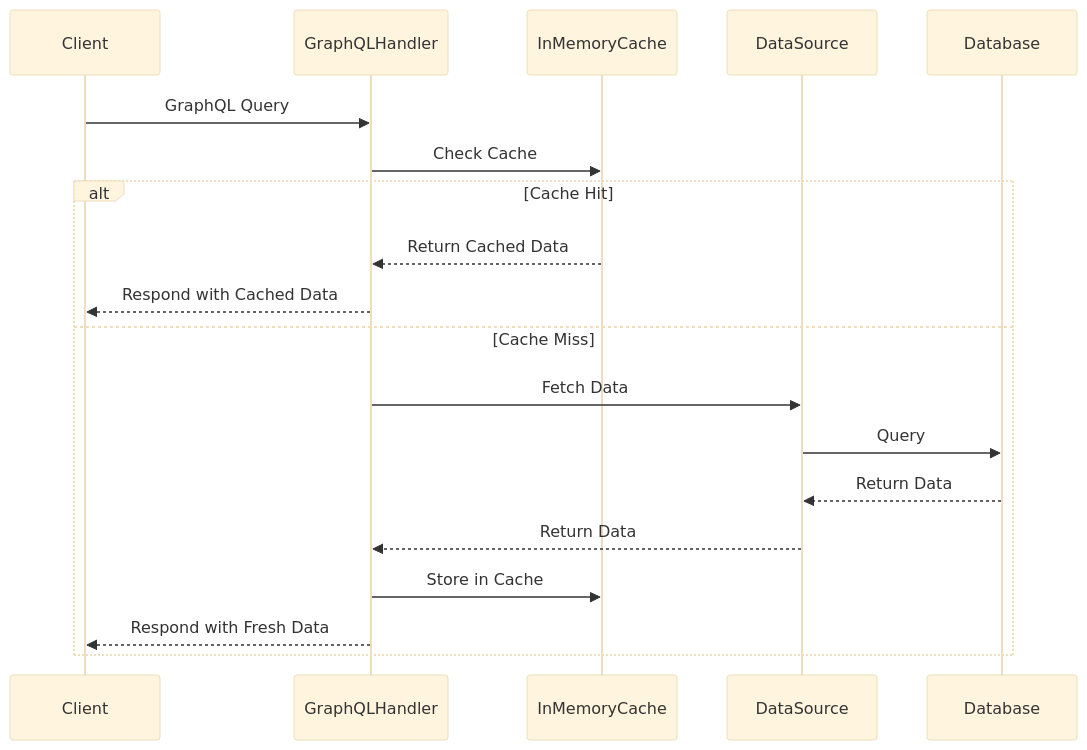
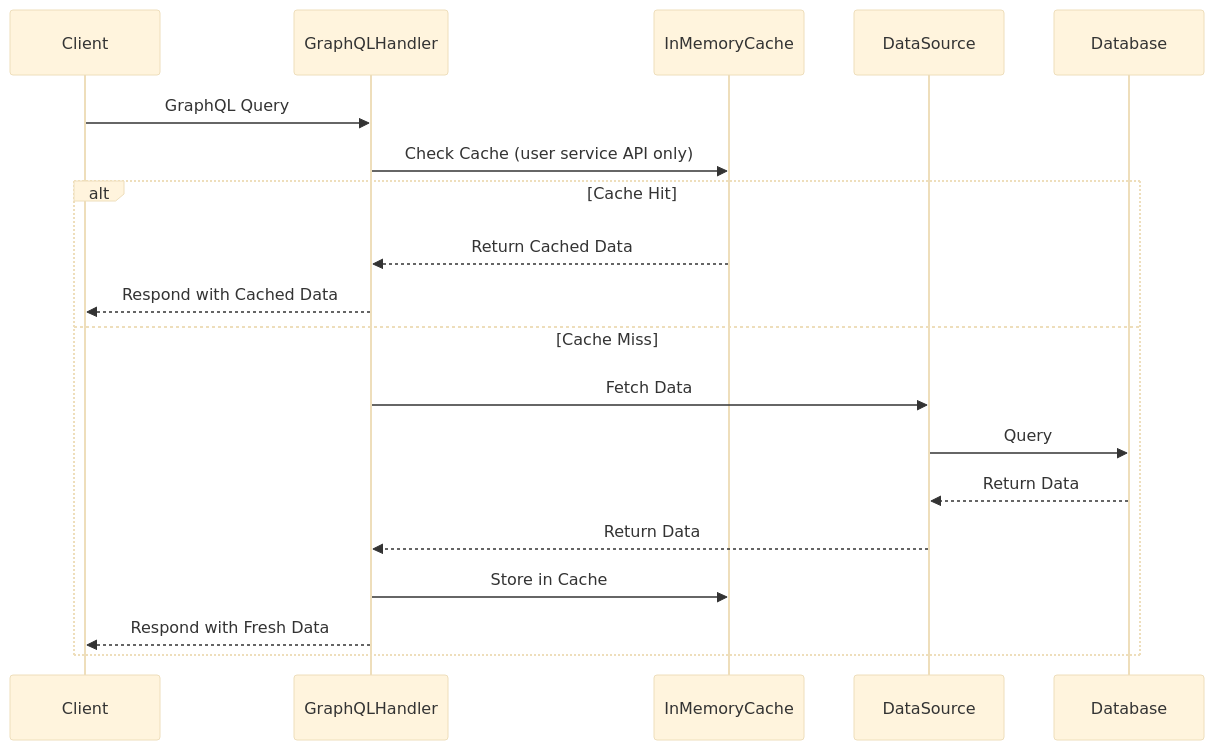
The eighth of 15 diagrams in docs/user-services.md (vinodhj/expense-microservices), drawn with Mermaid (base theme) before and after one commit. The commit also changed other lines of this file, not shown here.

Commit message:
mermaid tweaks-4

````diff
--- a/docs/user-services.md
+++ b/docs/user-services.md
@@ -440,23 +468,23 @@
 ```mermaid
 sequenceDiagram
     participant Client
     participant GraphQLHandler
     participant InMemoryCache
     participant DataSource
     participant Database
 
     Client->>GraphQLHandler: GraphQL Query
-    GraphQLHandler->>InMemoryCache: Check Cache
+    GraphQLHandler->>InMemoryCache: Check Cache (user service API only)
 
     alt Cache Hit
         InMemoryCache-->>GraphQLHandler: Return Cached Data
         GraphQLHandler-->>Client: Respond with Cached Data
     else Cache Miss
         GraphQLHandler->>DataSource: Fetch Data
         DataSource->>Database: Query
         Database-->>DataSource: Return Data
         DataSource-->>GraphQLHandler: Return Data
         GraphQLHandler->>InMemoryCache: Store in Cache
         GraphQLHandler-->>Client: Respond with Fresh Data
     end
 ```
````
